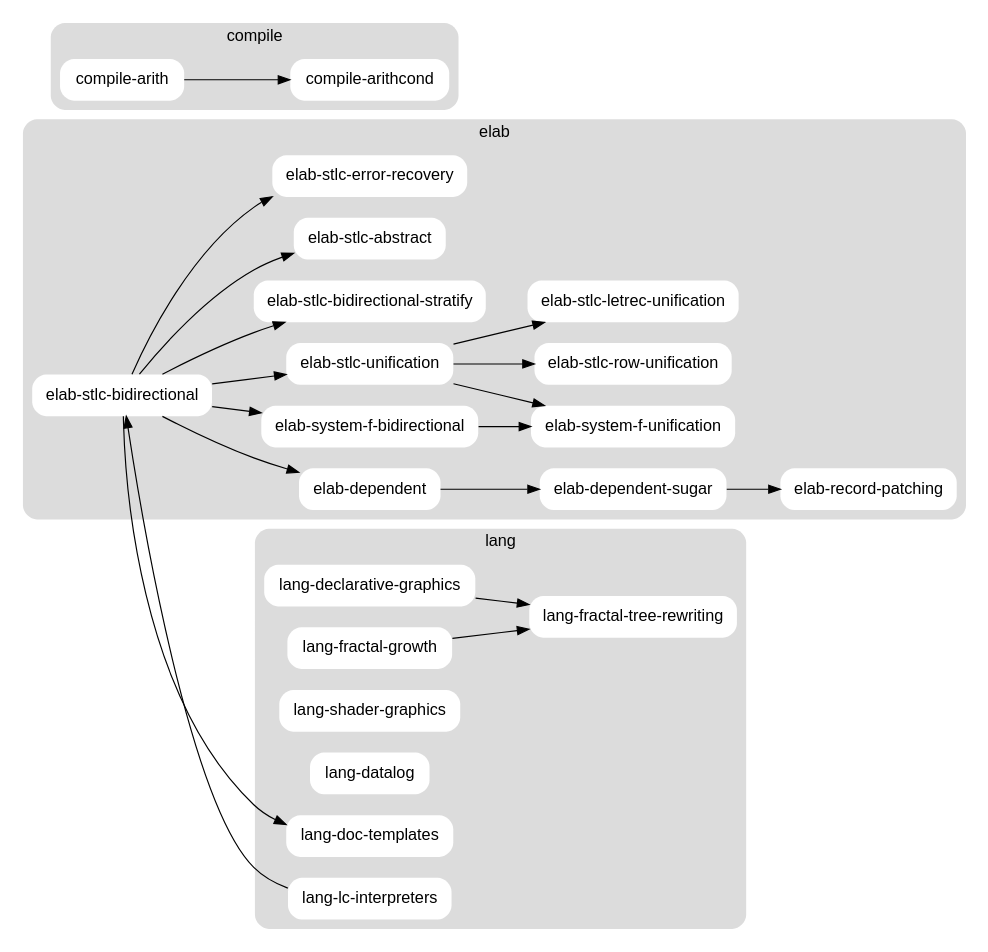
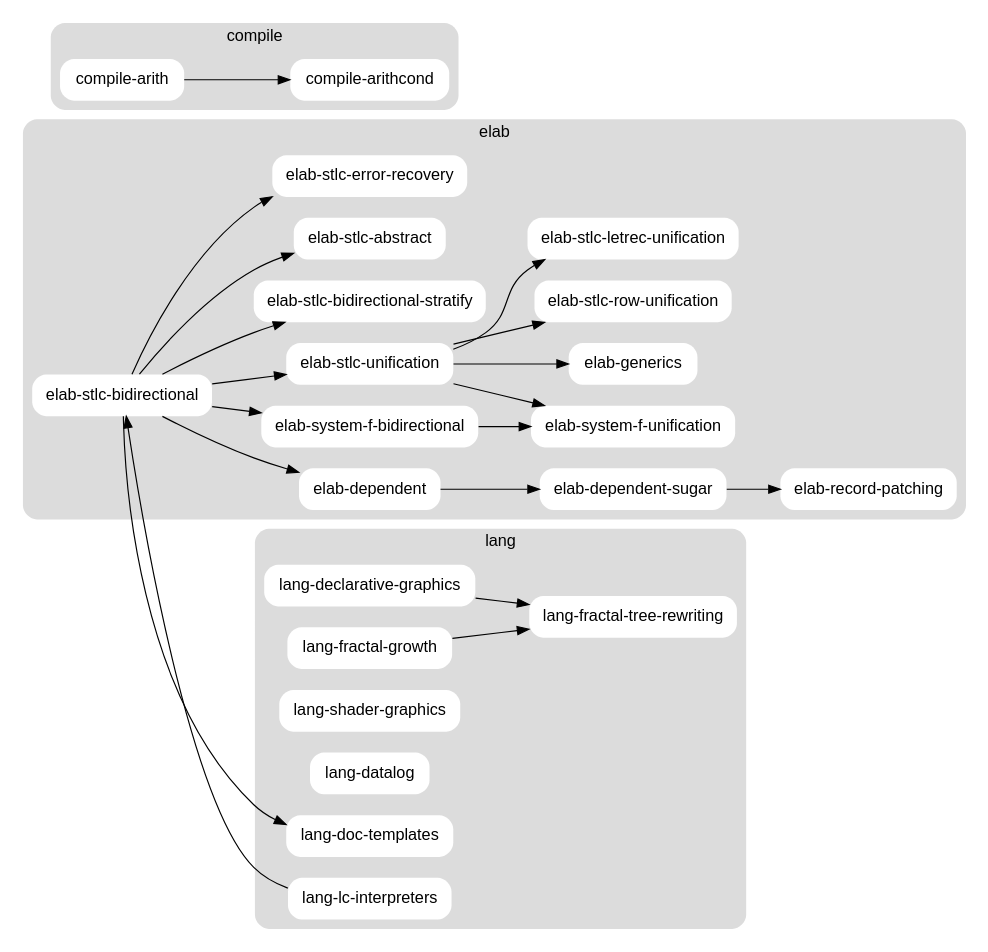
The diagram in garden.dot (brendanzab/language-garden), drawn with Graphviz before and after one commit. The commit also changed 17 other files, not shown here.

```diff
--- a/garden.dot
+++ b/garden.dot
@@ -1,82 +1,88 @@
 // dot -Tsvg garden.dot > garden.svg
 // dot -Tpng garden.dot | imgcat
 
 digraph garden {
 
   graph [
     color = "none",
     fillcolor = "gainsboro",
     fontname = "Helvetica,Arial,sans-serif",
     rankdir = LR,
     style = "filled, rounded",
   ];
 
   node [
     color = "none",
     fillcolor = "white",
     fontname = "Helvetica,Arial,sans-serif",
     margin = "0.2, 0.0",
     shape = "box",
     style = "filled, rounded",
   ];
 
+  // NOTE: Subgraphs and nodes are listed in reverse order to how we’d like
+  //       them to appear in the rendered graph
+
   subgraph elab {
     label = "elab";
     cluster = true;
 
     "elab-dependent";
     "elab-dependent-sugar";
     "elab-record-patching";
 
     "elab-system-f-bidirectional";
     "elab-system-f-unification";
+
+    "elab-generics";
 
     "elab-stlc-bidirectional";
     "elab-stlc-unification";
     "elab-stlc-bidirectional-stratify";
     "elab-stlc-abstract";
     "elab-stlc-row-unification";
     "elab-stlc-letrec-unification";
     "elab-stlc-error-recovery";
   }
 
   subgraph compile {
     label = "compile";
     cluster = true;
 
     "compile-arith";
     "compile-arithcond";
   }
 
   subgraph lang {
     label = "lang";
     cluster = true;
 
     "lang-declarative-graphics";
     "lang-fractal-growth";
     "lang-fractal-tree-rewriting";
     "lang-shader-graphics";
     "lang-datalog";
     "lang-doc-templates";
     "lang-lc-interpreters";
   }
 
   "elab-stlc-bidirectional" -> "elab-stlc-error-recovery";
   "elab-stlc-bidirectional" -> "elab-stlc-bidirectional-stratify";
   "elab-stlc-bidirectional" -> "elab-stlc-unification";
   "elab-stlc-bidirectional" -> "elab-stlc-abstract";
   "elab-stlc-bidirectional" -> "elab-system-f-bidirectional";
   "elab-stlc-bidirectional" -> "elab-dependent";
   "elab-stlc-bidirectional" -> "lang-doc-templates";
   "elab-stlc-unification" -> "elab-stlc-letrec-unification";
   "elab-stlc-unification" -> "elab-stlc-row-unification";
+  "elab-stlc-unification" -> "elab-generics";
   "elab-stlc-unification" -> "elab-system-f-unification";
   "elab-system-f-bidirectional" -> "elab-system-f-unification";
   "elab-dependent" -> "elab-dependent-sugar";
   "elab-dependent-sugar" -> "elab-record-patching";
   "compile-arith" -> "compile-arithcond";
   "lang-lc-interpreters" -> "elab-stlc-bidirectional";
   "lang-fractal-growth" -> "lang-fractal-tree-rewriting";
   "lang-declarative-graphics" -> "lang-fractal-tree-rewriting";
 
 }
```
